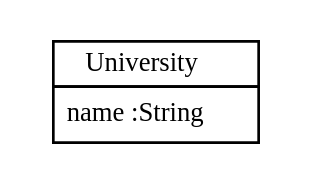
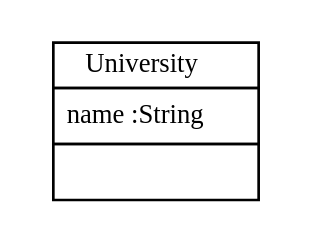
Before and after one commit to fujaba/SDMLib: the diagram in doc/StudyRightClasses01.dot, drawn with Graphviz. The commit also changed 65 other files, not shown here.

```diff
--- a/doc/StudyRightClasses01.dot
+++ b/doc/StudyRightClasses01.dot
@@ -1,11 +1,11 @@
 
  graph ClassDiagram {
     node [shape = none, fontsize = 10]; 
     edge [fontsize = 10];
     
     
-    University [label=<<table border='0' cellborder='1' cellspacing='0'> <tr> <td>University</td> </tr> <tr><td><table border='0' cellborder='0' cellspacing='0'> <tr><td>name :String</td></tr>  </table></td></tr> </table>>];
+    University [label=<<table border='0' cellborder='1' cellspacing='0'> <tr> <td>University</td> </tr> <tr><td><table border='0' cellborder='0' cellspacing='0'> <tr><td>name :String</td></tr>  </table></td></tr> <tr><td><table border='0' cellborder='0' cellspacing='0'> <tr><td> </td></tr> </table></td></tr> </table>>];
     
     
     
 }
```
